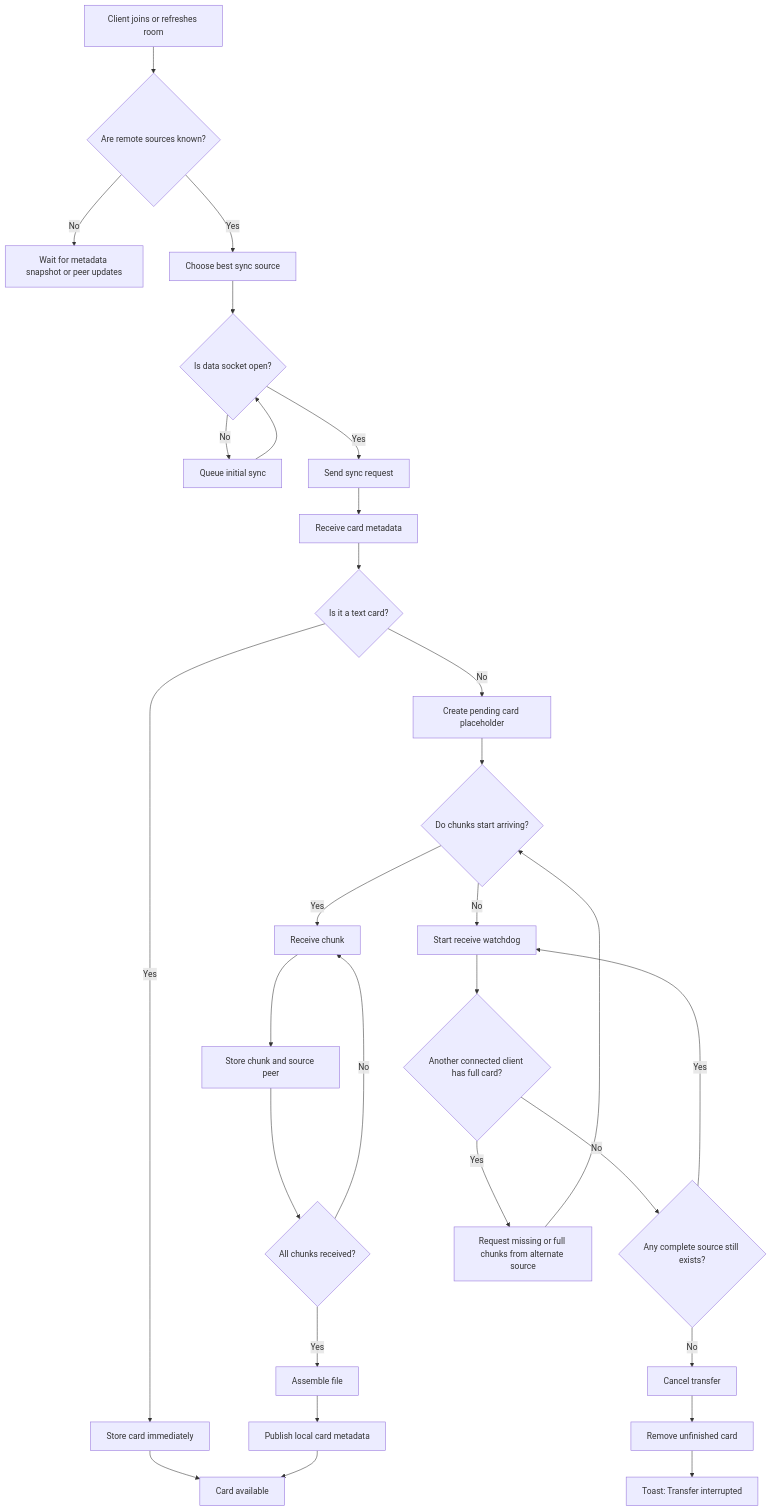
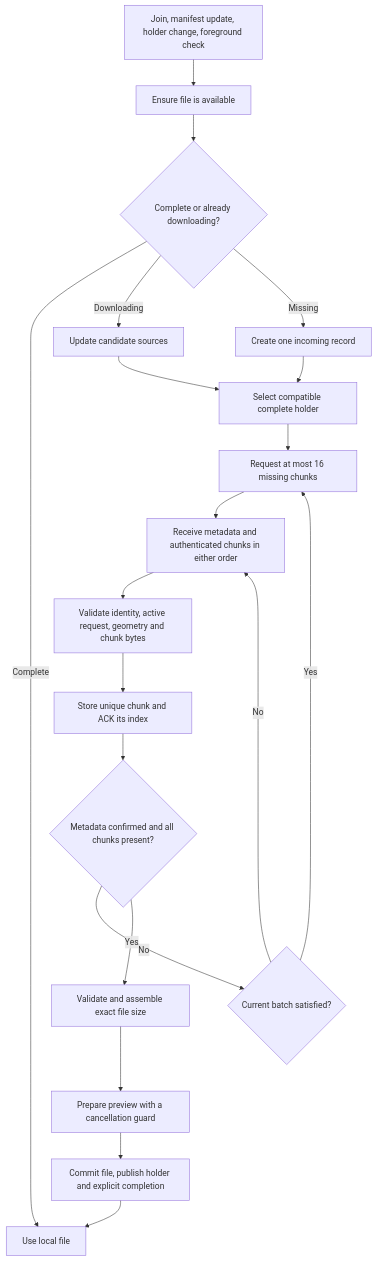
Before and after one commit to fhorinek/ClipShare: the first of 2 diagrams in docs/card-receive-flow.md, drawn with Mermaid. The commit also changed other lines of this file and 10 other files, not shown here.

````diff
--- a/docs/card-receive-flow.md
+++ b/docs/card-receive-flow.md
@@ -3,40 +8,22 @@
 ```mermaid
 flowchart TD
-  A[Client joins or refreshes room] --> B{Are remote sources known?}
-  B -- No --> Z[Wait for metadata snapshot or peer updates]
-  B -- Yes --> C[Choose best sync source]
-
-  C --> D{Is data socket open?}
-  D -- No --> E[Queue initial sync]
-  E --> D
-  D -- Yes --> F[Send sync request]
-
-  F --> G[Receive card metadata]
-  G --> H{Is it a text card?}
-
-  H -- Yes --> I[Store card immediately]
-  I --> DONE[Card available]
-
-  H -- No --> J[Create pending card placeholder]
-  J --> K{Do chunks start arriving?}
-
-  K -- Yes --> L[Receive chunk]
-  L --> M[Store chunk and source peer]
-  M --> N{All chunks received?}
-  N -- No --> L
-  N -- Yes --> O[Assemble file]
-  O --> P[Publish local card metadata]
-  P --> DONE
-
-  K -- No --> Q[Start receive watchdog]
-
-  Q --> R{Another connected client has full card?}
-  R -- No --> S{Any complete source still exists?}
-  S -- Yes --> Q
-  S -- No --> T[Cancel transfer]
-  T --> U[Remove unfinished card]
-  U --> V[Toast: Transfer interrupted]
-
-  R -- Yes --> W[Request missing or full chunks from alternate source]
-  W --> K
+  A[Join, manifest update, holder change, foreground check] --> B[Ensure file is available]
+  B --> C{Complete or already downloading?}
+  C -- Complete --> Z[Use local file]
+  C -- Downloading --> D[Update candidate sources]
+  C -- Missing --> E[Create one incoming record]
+  D --> F[Select compatible complete holder]
+  E --> F
+  F --> G[Request at most 16 missing chunks]
+  G --> H[Receive metadata and authenticated chunks in either order]
+  H --> I[Validate identity, active request, geometry and chunk bytes]
+  I --> J[Store unique chunk and ACK its index]
+  J --> K{Metadata confirmed and all chunks present?}
+  K -- No --> L{Current batch satisfied?}
+  L -- Yes --> G
+  L -- No --> H
+  K -- Yes --> M[Validate and assemble exact file size]
+  M --> N[Prepare preview with a cancellation guard]
+  N --> O[Commit file, publish holder and explicit completion]
+  O --> Z
 ```
````
